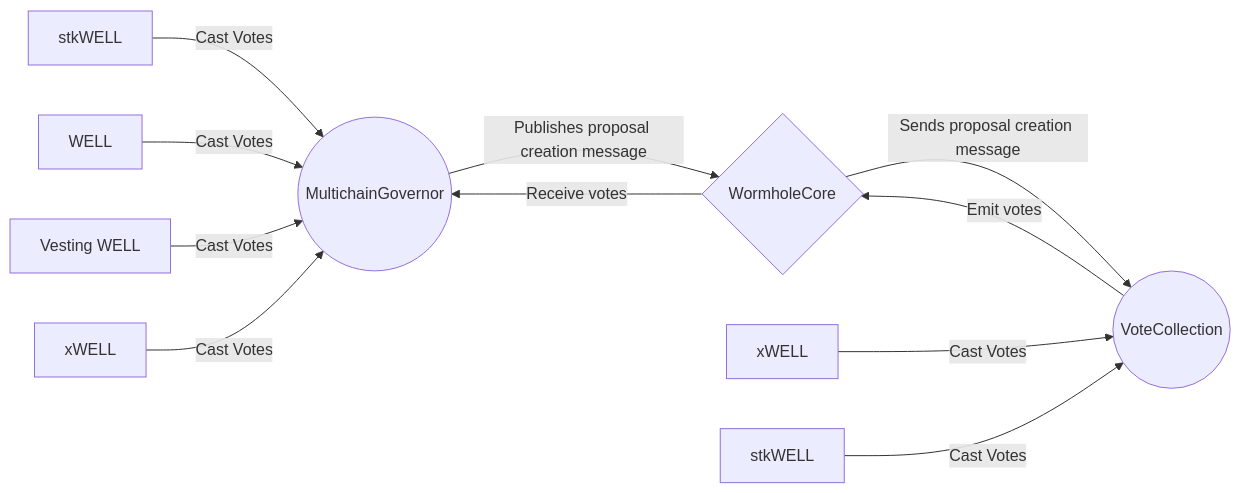
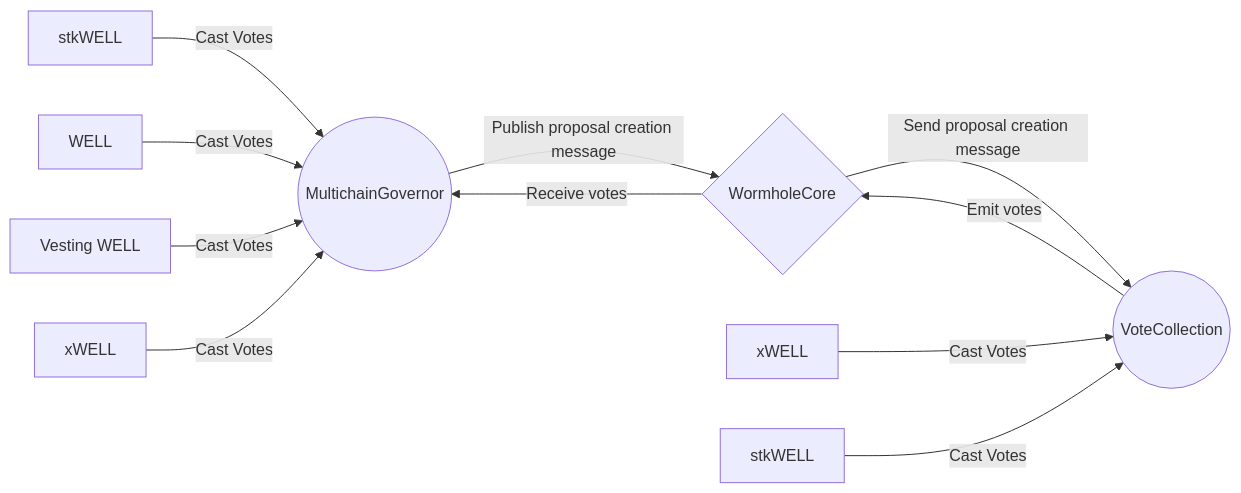
The second of 2 diagrams in docs/governance/contracts/MULTICHAINGOVERNOR.md (moonwell-fi/moonwell-contracts-v2), drawn with Mermaid before and after one commit. The commit also changed other lines of this file, not shown here.

Commit message:
update sequence diagram

````diff
--- a/docs/governance/contracts/MULTICHAINGOVERNOR.md
+++ b/docs/governance/contracts/MULTICHAINGOVERNOR.md
@@ -34,14 +36,14 @@
 ```mermaid
 graph LR
-    mg((MultichainGovernor)) -- Publishes proposal creation message --> wc{WormholeCore}
+    mg((MultichainGovernor)) -- Publish proposal creation message --> wc{WormholeCore}
     stkWell[stkWELL] -- Cast Votes --> mg
     well[WELL] -- Cast Votes --> mg
     vWell[Vesting WELL] -- Cast Votes --> mg
     xWell[xWELL] -- Cast Votes --> mg
 
-    wc -- Sends proposal creation message --> vc((VoteCollection))
+    wc -- Send proposal creation message --> vc((VoteCollection))
     xWellBase[xWELL] -- Cast Votes --> vc
     stkWellBase[stkWELL] -- Cast Votes --> vc
     vc -- Emit votes --> wc
     wc -- Receive votes --> mg
 ```
````
